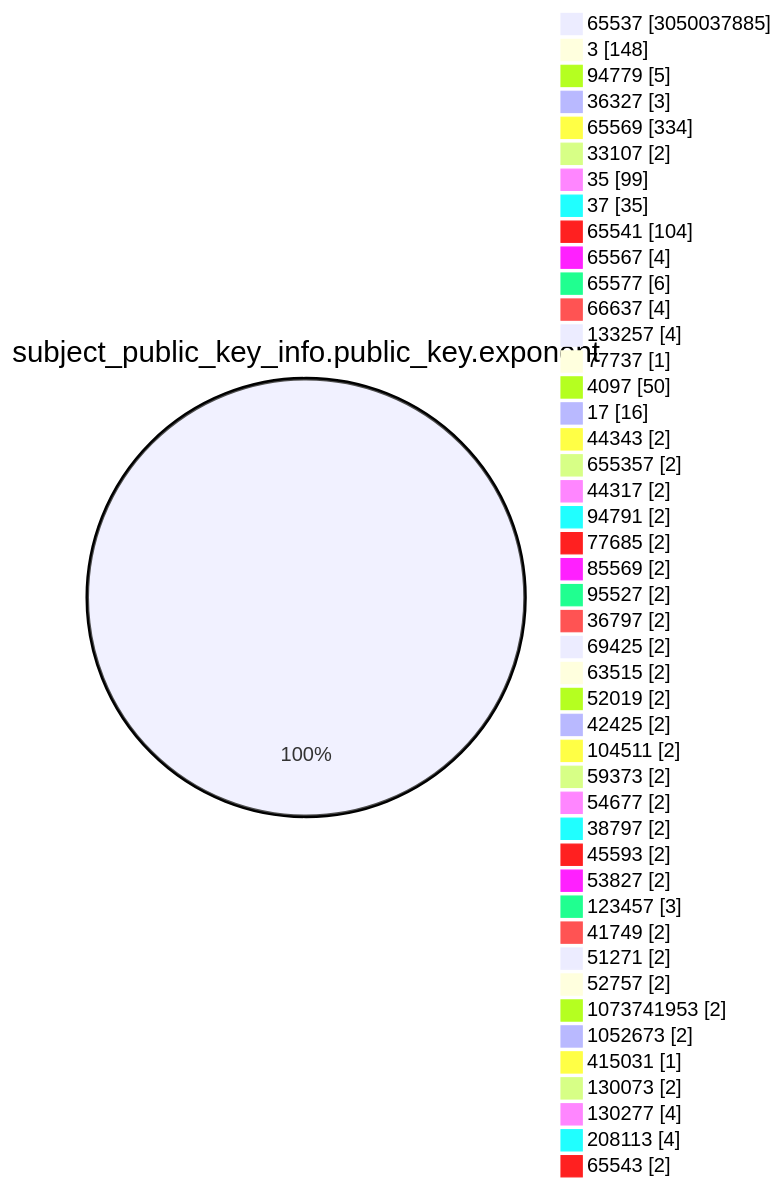
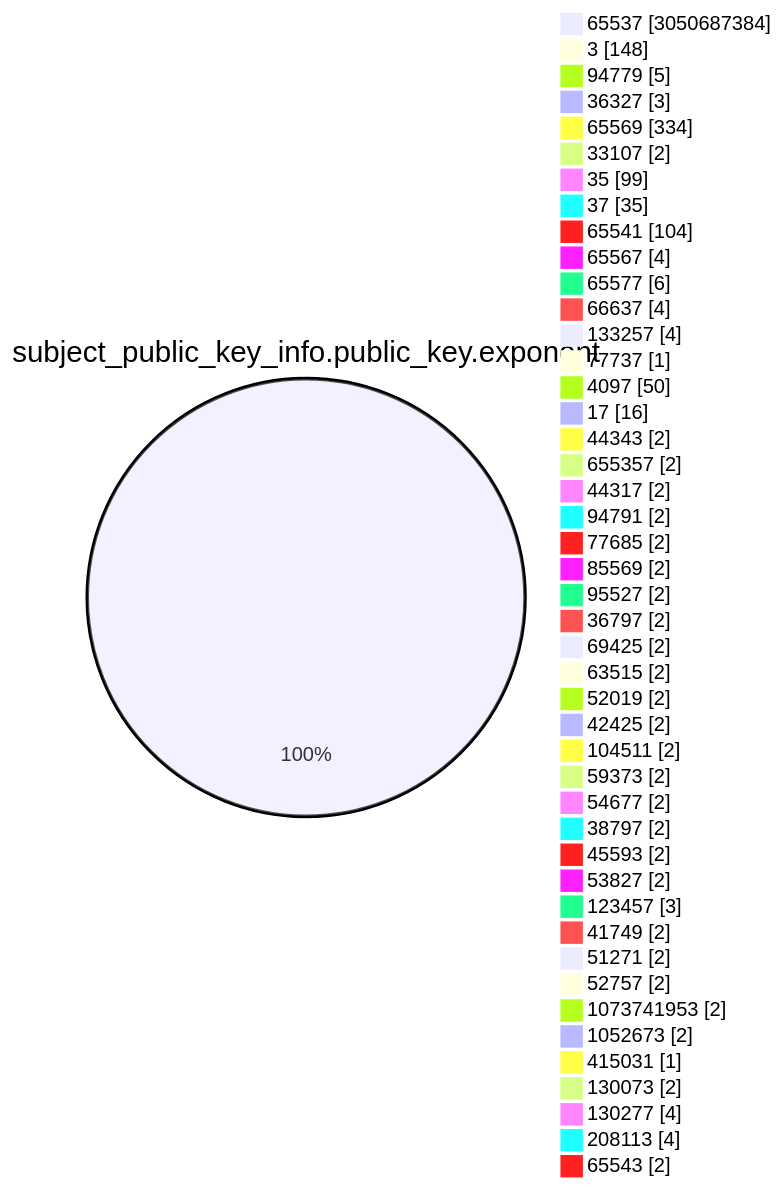
Before and after one commit to christiankrug/ctmonitor_visualization: the fourth of 15 diagrams in TOTAL/README.md, drawn with Mermaid. The commit also changed other lines of this file, not shown here.

````diff
--- a/TOTAL/README.md
+++ b/TOTAL/README.md
@@ -1473,49 +1473,49 @@
 ```mermaid
 pie showData
 title subject_public_key_info.public_key.exponent
-"65537" :3050037885
+"65537" :3050687384
 "3" :148
 "94779" :5
 "36327" :3
 "65569" :334
 "33107" :2
 "35" :99
 "37" :35
 "65541" :104
 "65567" :4
 "65577" :6
 "66637" :4
 "133257" :4
 "77737" :1
 "4097" :50
 "17" :16
 "44343" :2
 "655357" :2
 "44317" :2
 "94791" :2
 "77685" :2
 "85569" :2
 "95527" :2
 "36797" :2
 "69425" :2
 "63515" :2
 "52019" :2
 "42425" :2
 "104511" :2
 "59373" :2
 "54677" :2
 "38797" :2
 "45593" :2
 "53827" :2
 "123457" :3
 "41749" :2
 "51271" :2
 "52757" :2
 "1073741953" :2
 "1052673" :2
 "415031" :1
 "130073" :2
 "130277" :4
 "208113" :4
 "65543" :2
 ```
````
